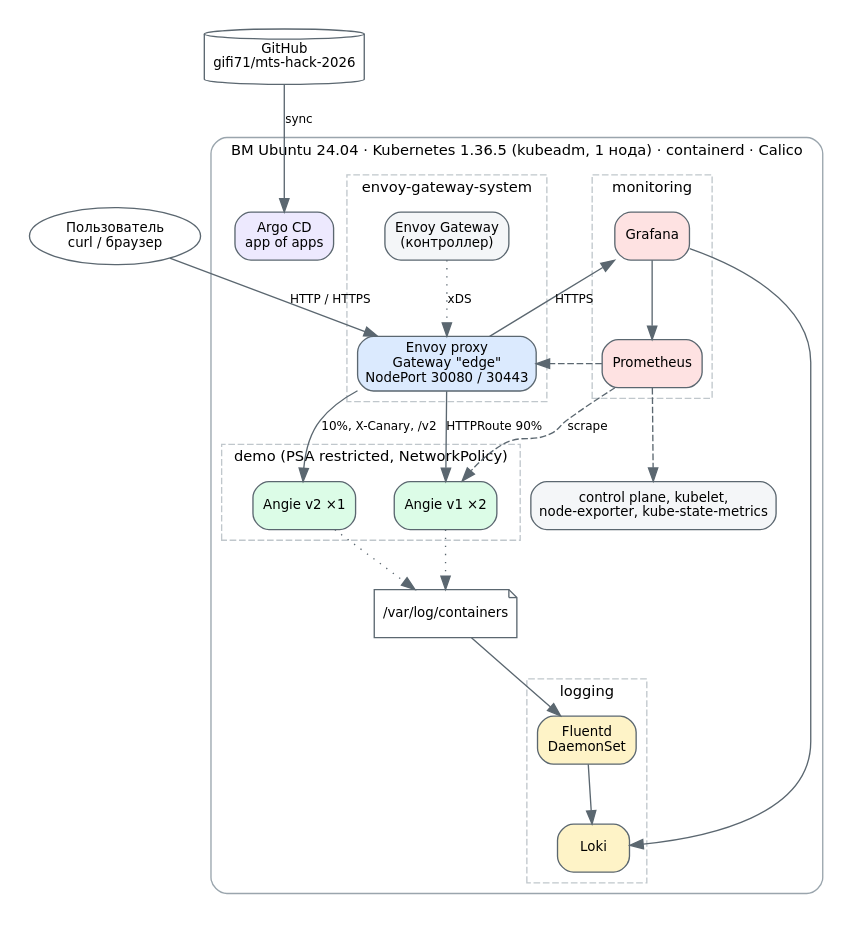
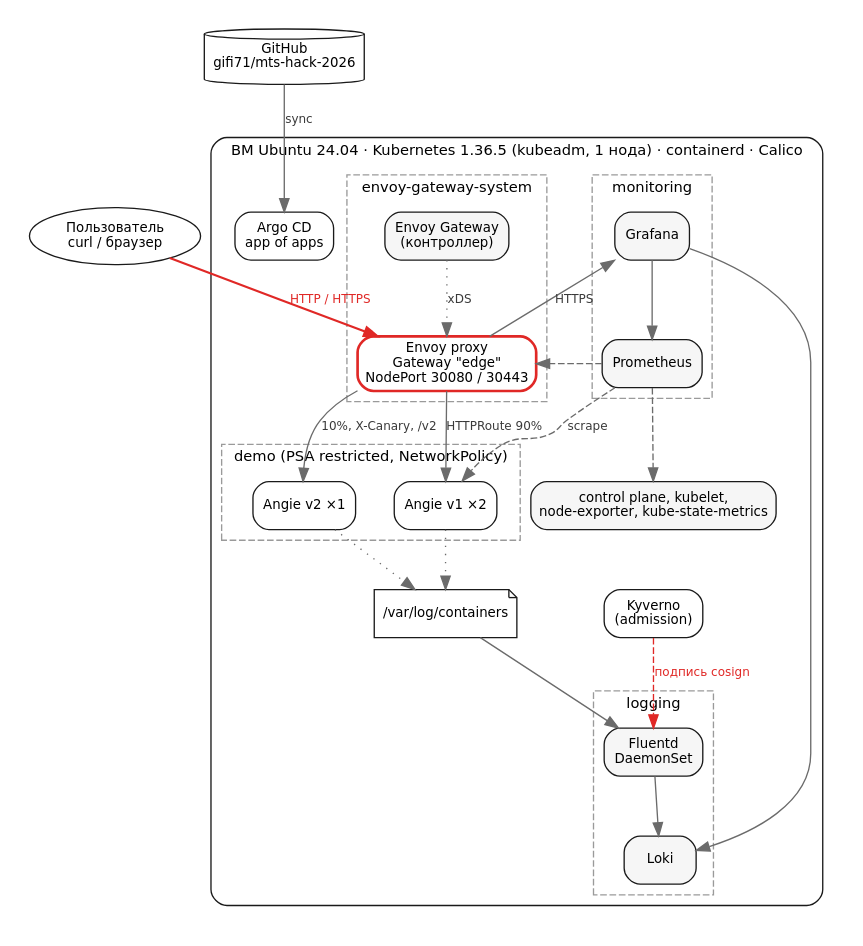
The diagram in docs/passport/architecture.dot (gifi71/mts-hack-2026), drawn with Graphviz before and after one commit. The commit also changed 21 other files, not shown here.

```diff
--- a/docs/passport/architecture.dot
+++ b/docs/passport/architecture.dot
@@ -1,46 +1,48 @@
 digraph arch {
   graph [rankdir=TB, fontname="DejaVu Sans", fontsize=11, nodesep=0.35, ranksep=0.6, pad=0.2, bgcolor="white"];
-  node  [shape=box, style="rounded,filled", fontname="DejaVu Sans", fontsize=10, fillcolor="#f4f6f8", color="#5b6770"];
-  edge  [fontname="DejaVu Sans", fontsize=9, color="#5b6770"];
+  node  [shape=box, style="rounded,filled", fontname="DejaVu Sans", fontsize=10, fillcolor="#f6f6f6", color="#1a1a1a"];
+  edge  [fontname="DejaVu Sans", fontsize=9, color="#6b6b6b", fontcolor="#3a3a3a"];
 
   user [label="Пользователь\ncurl / браузер", shape=oval, fillcolor="#ffffff"];
   git  [label="GitHub\ngifi71/mts-hack-2026", shape=cylinder, fillcolor="#ffffff"];
 
   subgraph cluster_node {
     label="ВМ Ubuntu 24.04 · Kubernetes 1.36.5 (kubeadm, 1 нода) · containerd · Calico";
-    style="rounded"; color="#9aa5ad"; fontsize=11;
+    style="rounded"; color="#1a1a1a"; fontsize=11;
 
-    subgraph cluster_edge { label="envoy-gateway-system"; style="dashed"; color="#c0c7cc";
-      envoy [label="Envoy proxy\nGateway \"edge\"\nNodePort 30080 / 30443", fillcolor="#dbeafe"];
+    subgraph cluster_edge { label="envoy-gateway-system"; style="dashed"; color="#9a9a9a";
+      envoy [label="Envoy proxy\nGateway \"edge\"\nNodePort 30080 / 30443", fillcolor="#ffffff", color="#e02826", penwidth=2];
       egc   [label="Envoy Gateway\n(контроллер)"];
     }
-    subgraph cluster_demo { label="demo (PSA restricted, NetworkPolicy)"; style="dashed"; color="#c0c7cc";
-      v1 [label="Angie v1 ×2", fillcolor="#dcfce7"];
-      v2 [label="Angie v2 ×1", fillcolor="#dcfce7"];
+    subgraph cluster_demo { label="demo (PSA restricted, NetworkPolicy)"; style="dashed"; color="#9a9a9a";
+      v1 [label="Angie v1 ×2", fillcolor="#ffffff"];
+      v2 [label="Angie v2 ×1", fillcolor="#ffffff"];
     }
-    subgraph cluster_mon { label="monitoring"; style="dashed"; color="#c0c7cc";
-      prom    [label="Prometheus", fillcolor="#fee2e2"];
-      grafana [label="Grafana", fillcolor="#fee2e2"];
+    subgraph cluster_mon { label="monitoring"; style="dashed"; color="#9a9a9a";
+      prom    [label="Prometheus", fillcolor="#f6f6f6"];
+      grafana [label="Grafana", fillcolor="#f6f6f6"];
     }
-    subgraph cluster_log { label="logging"; style="dashed"; color="#c0c7cc";
-      fluentd [label="Fluentd\nDaemonSet", fillcolor="#fef3c7"];
-      loki    [label="Loki", fillcolor="#fef3c7"];
+    subgraph cluster_log { label="logging"; style="dashed"; color="#9a9a9a";
+      fluentd [label="Fluentd\nDaemonSet", fillcolor="#f6f6f6"];
+      loki    [label="Loki", fillcolor="#f6f6f6"];
     }
-    argo [label="Argo CD\napp of apps", fillcolor="#ede9fe"];
+    argo [label="Argo CD\napp of apps", fillcolor="#ffffff"];
+    kyverno [label="Kyverno\n(admission)", fillcolor="#ffffff"];
     cp   [label="control plane, kubelet,\nnode-exporter, kube-state-metrics"];
     logs [label="/var/log/containers", shape=note, fillcolor="#ffffff"];
   }
 
-  user -> envoy [label="HTTP / HTTPS"];
+  user -> envoy [label="HTTP / HTTPS", color="#e02826", fontcolor="#e02826", penwidth=1.6];
   egc -> envoy [style=dotted, label="xDS"];
   envoy -> v1 [label="HTTPRoute 90%"];
   envoy -> v2 [label="10%, X-Canary, /v2"];
   envoy -> grafana [label="HTTPS"];
   prom -> v1 [style=dashed, label="scrape"];
   prom -> envoy [style=dashed];
   prom -> cp [style=dashed];
   v1 -> logs [style=dotted]; v2 -> logs [style=dotted];
   logs -> fluentd; fluentd -> loki;
   grafana -> prom; grafana -> loki;
   git -> argo [label="sync"];
+  kyverno -> fluentd [style=dashed, color="#e02826", fontcolor="#e02826", label="подпись cosign"];
 }
```
